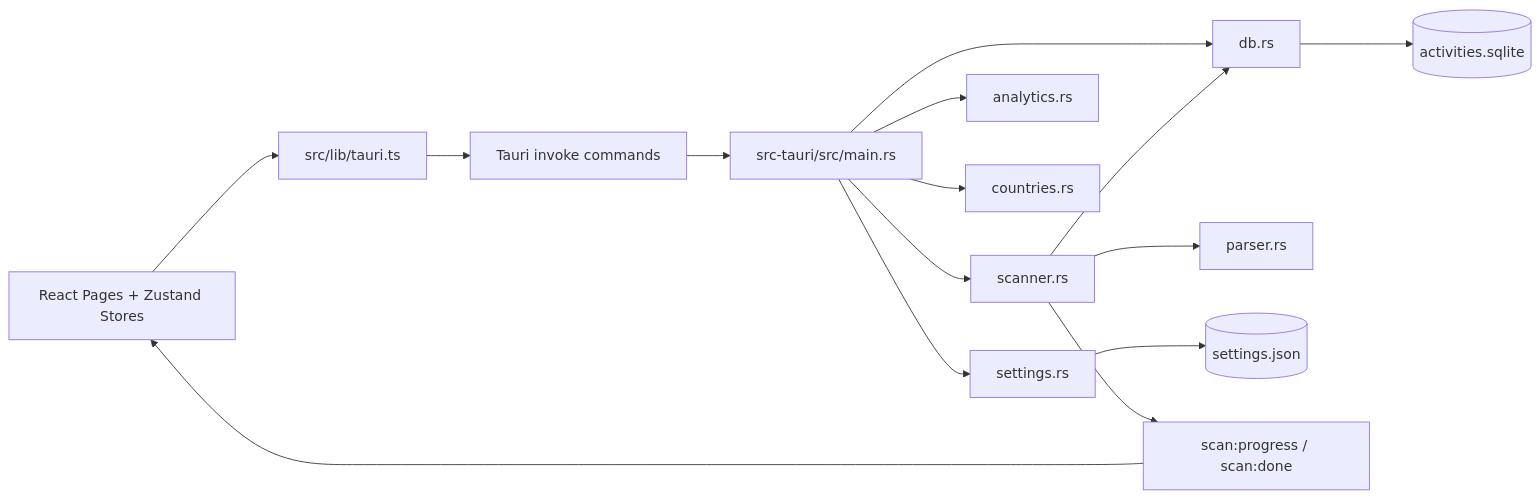
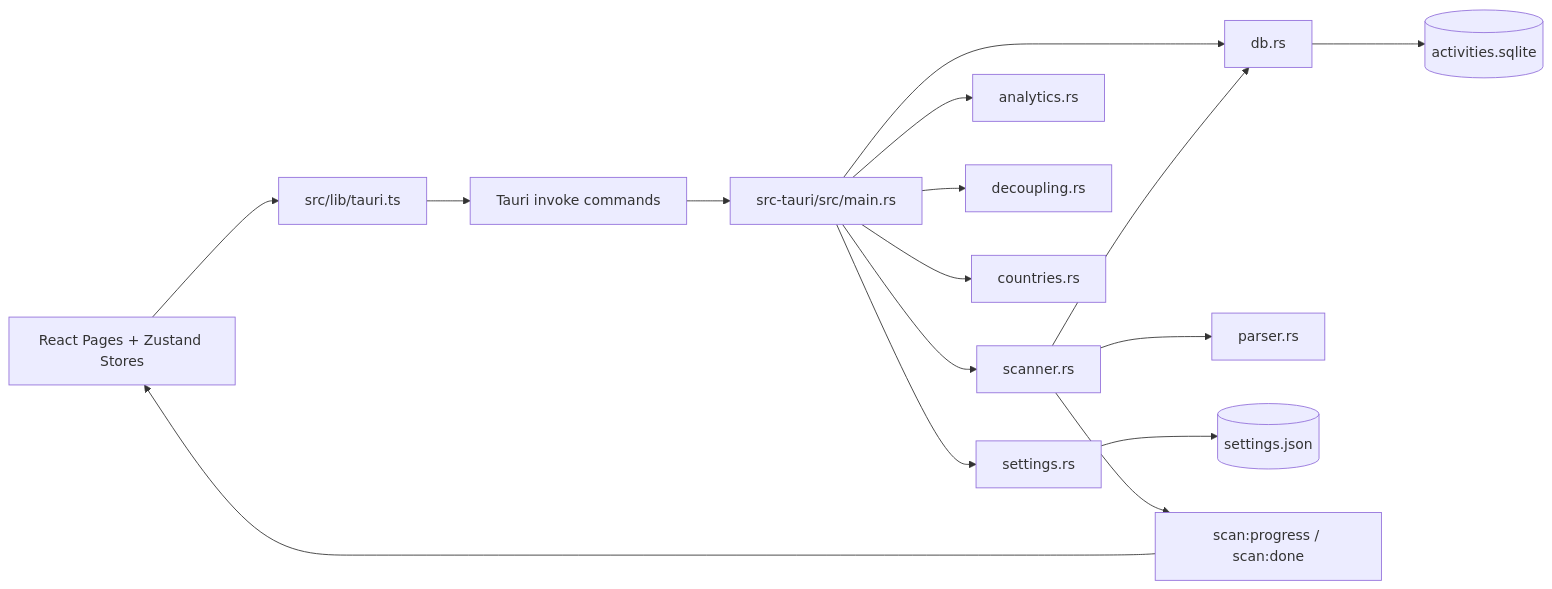
The diagram in docs/DEVELOPER_GUIDE.md (ericceg/trajectory), drawn with Mermaid before and after one commit. The commit also changed other lines of this file and 2 other files, not shown here.

````diff
--- a/docs/DEVELOPER_GUIDE.md
+++ b/docs/DEVELOPER_GUIDE.md
@@ -147,17 +124,18 @@
 ```mermaid
 flowchart LR
   UI[React Pages + Zustand Stores] --> Bridge[src/lib/tauri.ts]
   Bridge --> TauriInvoke[Tauri invoke commands]
   TauriInvoke --> Main[src-tauri/src/main.rs]
   Main --> Scanner[scanner.rs]
   Main --> DB[db.rs]
   Main --> Analytics[analytics.rs]
+  Main --> Decoupling[decoupling.rs]
   Main --> Countries[countries.rs]
   Main --> Settings[settings.rs]
   Scanner --> Parser[parser.rs]
   Scanner --> DB
   DB --> SQLite[(activities.sqlite)]
   Settings --> SettingsFile[(settings.json)]
   Scanner --> Events[scan:progress / scan:done]
   Events --> UI
 ```
````
